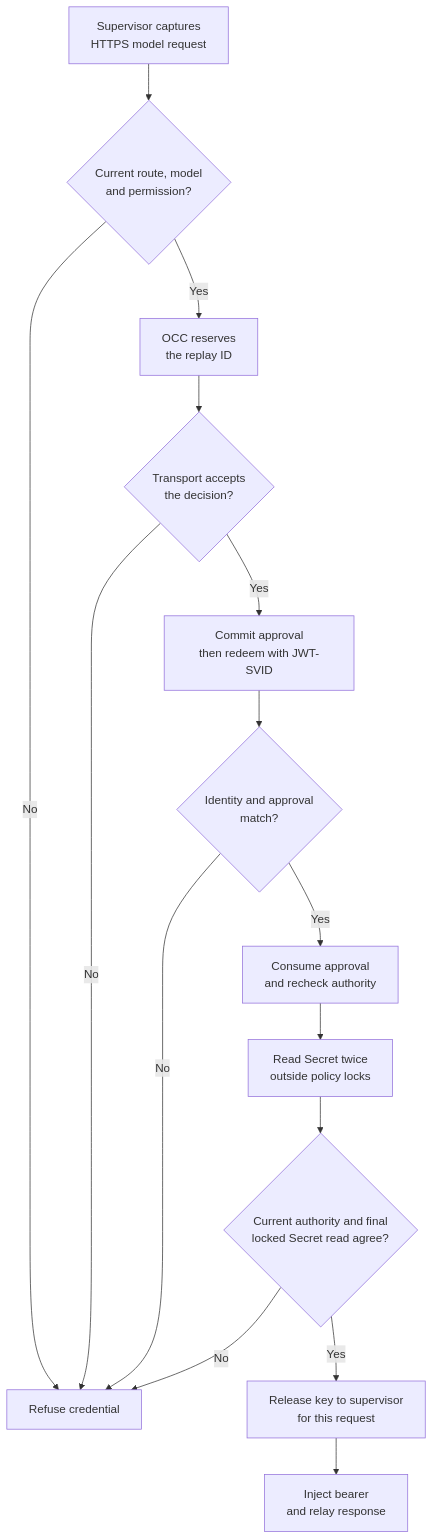
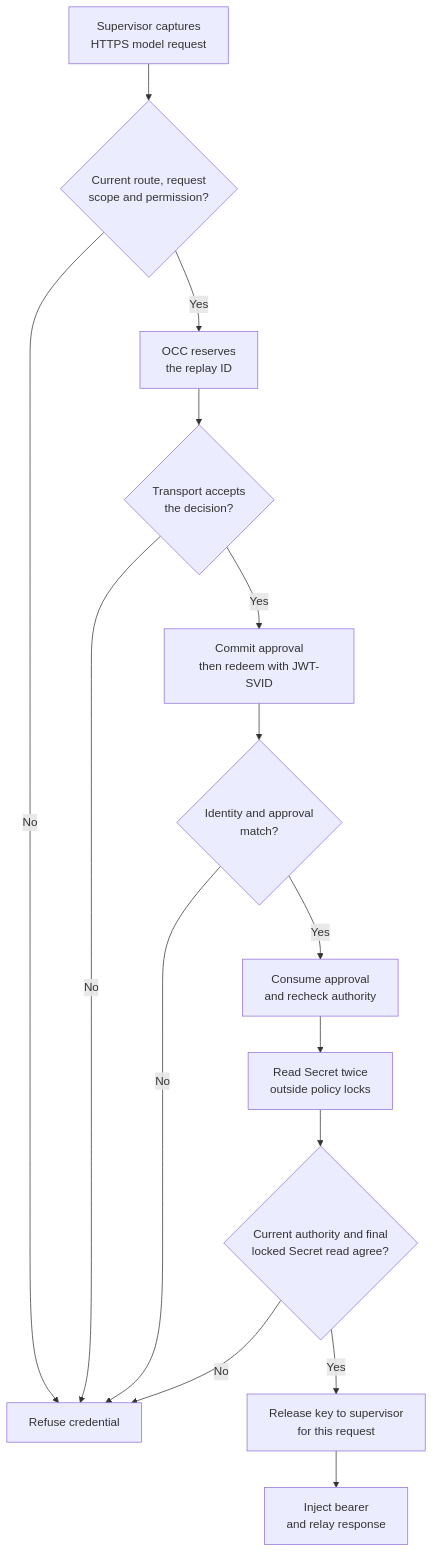
The diagram in docs/flows/credential-source-egress/model-requests.md (openclaw/openclaw-enterprise), drawn with Mermaid before and after one commit. The commit also changed other lines of this file and 23 other files, not shown here.

````diff
--- a/docs/flows/credential-source-egress/model-requests.md
+++ b/docs/flows/credential-source-egress/model-requests.md
@@ -33,17 +33,17 @@
 ```mermaid
 graph TD
-  A["Supervisor captures<br/>HTTPS model request"] --> B{"Current route, model<br/>and permission?"}
+  A["Supervisor captures<br/>HTTPS model request"] --> B{"Current route, request<br/>scope and permission?"}
   B -->|No| X["Refuse credential"]
   B -->|Yes| C["OCC reserves<br/>the replay ID"]
   C --> K{"Transport accepts<br/>the decision?"}
   K -->|No| X
   K -->|Yes| D["Commit approval<br/>then redeem with JWT-SVID"]
   D --> E{"Identity and approval<br/>match?"}
   E -->|No| X
   E -->|Yes| F["Consume approval<br/>and recheck authority"]
   F --> G["Read Secret twice<br/>outside policy locks"]
   G --> H{"Current authority and final<br/>locked Secret read agree?"}
   H -->|No| X
   H -->|Yes| I["Release key to supervisor<br/>for this request"]
   I --> J["Inject bearer<br/>and relay response"]
 ```
````
